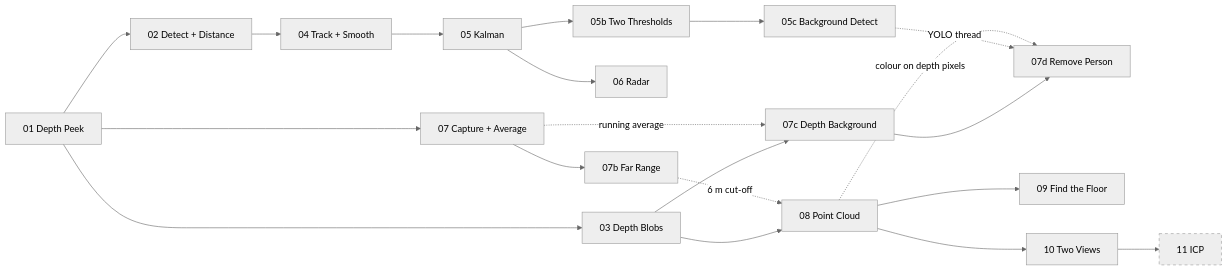
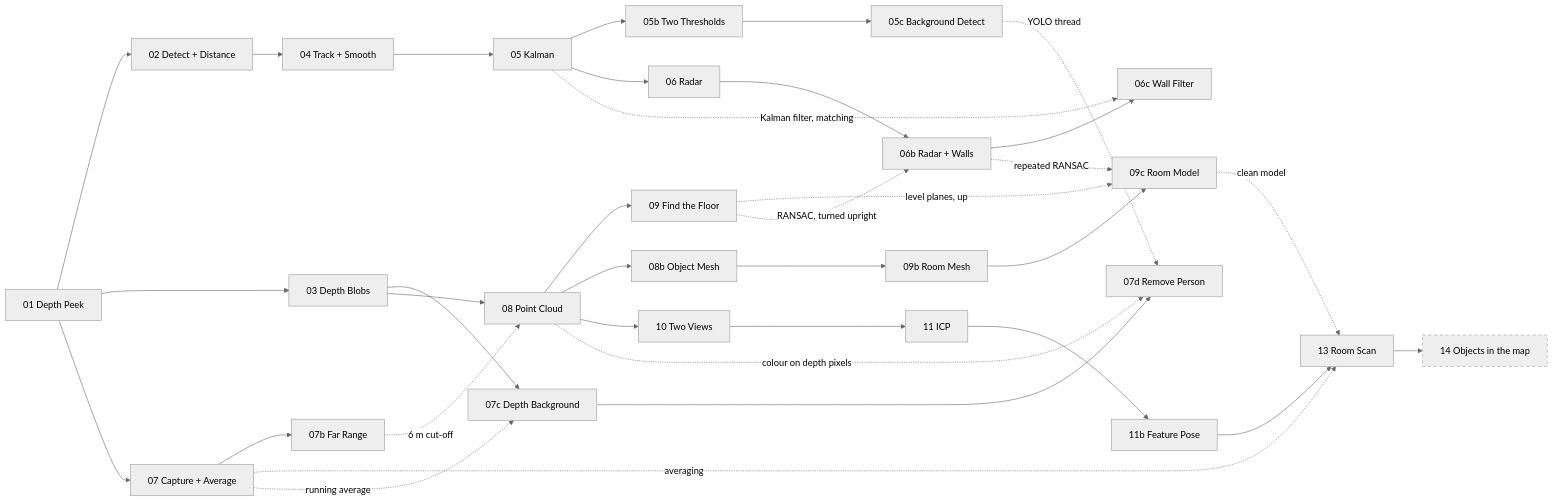
The first of 23 diagrams in exercises/cpp/EXAMPLES.md (Kramav/Spotter), drawn with Mermaid (neutral theme) before and after one commit. The commit also changed other lines of this file and 15 other files, not shown here.

````diff
--- a/exercises/cpp/EXAMPLES.md
+++ b/exercises/cpp/EXAMPLES.md
@@ -14,18 +14,27 @@
 ```mermaid
 flowchart LR
     E01["01 Depth Peek"] --> E02["02 Detect + Distance"] --> E04["04 Track + Smooth"] --> E05["05 Kalman"]
     E05 --> E05b["05b Two Thresholds"] --> E05c["05c Background Detect"]
-    E05 --> E06["06 Radar"]
+    E05 --> E06["06 Radar"] --> E06b["06b Radar + Walls"] --> E06c["06c Wall Filter"]
     E01 --> E03["03 Depth Blobs"] --> E07c["07c Depth Background"] --> E07d["07d Remove Person"]
     E01 --> E07["07 Capture + Average"] --> E07b["07b Far Range"]
     E03 --> E08["08 Point Cloud"]
     E08 --> E09["09 Find the Floor"]
-    E08 --> E10["10 Two Views"] --> E11["11 ICP"]
+    E08 --> E08b["08b Object Mesh"] --> E09b["09b Room Mesh"] --> E09c["09c Room Model"]
+    E09 -.->|level planes, up| E09c
+    E06b -.->|repeated RANSAC| E09c
+    E08 --> E10["10 Two Views"] --> E11["11 ICP"] --> E11b["11b Feature Pose"] --> E13["13 Room Scan"]
+    E09c -.->|clean model| E13
+    E07 -.->|averaging| E13
     E07 -.->|running average| E07c
     E05c -.->|YOLO thread| E07d
     E08 -.->|colour on depth pixels| E07d
     E07b -.->|6 m cut-off| E08
+    E09 -.->|RANSAC, turned upright| E06b
+    E05 -.->|Kalman filter, matching| E06c
+
+    E13 --> E14["14 Objects in the map"]
 
     classDef planned stroke-dasharray: 5 5
-    class E11 planned
+    class E14 planned
 ```
````
